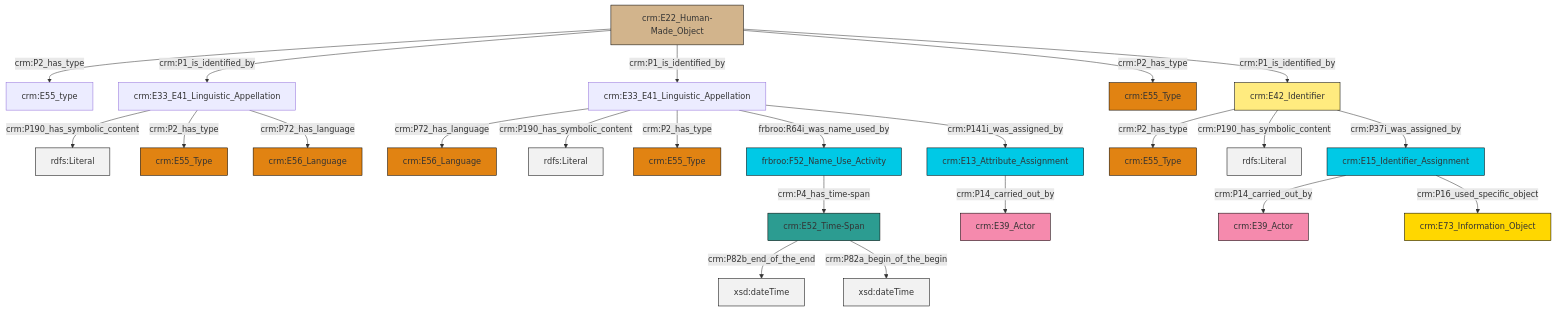
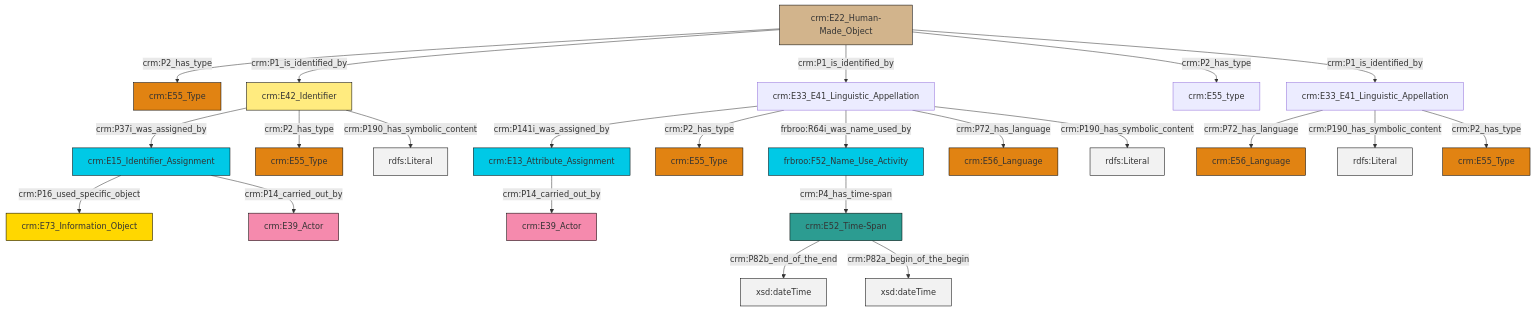
The diagram in et/artworkCSV/ttl/mmd/Artwork_Name.ttl.mmd (swiss-art-research-net/reference-data-models), drawn with Mermaid before and after one commit. The commit also changed 125 other files, not shown here.

```diff
--- a/et/artworkCSV/ttl/mmd/Artwork_Name.ttl.mmd
+++ b/et/artworkCSV/ttl/mmd/Artwork_Name.ttl.mmd
@@ -1,37 +1,37 @@
 graph TD
 classDef Literal fill:#f2f2f2,stroke:#000000;
 classDef CRM_Entity fill:#FFFFFF,stroke:#000000;
 classDef Temporal_Entity fill:#00C9E6, stroke:#000000;
 classDef Type fill:#E18312, stroke:#000000;
 classDef Time-Span fill:#2C9C91, stroke:#000000;
 classDef Appellation fill:#FFEB7F, stroke:#000000;
 classDef Place fill:#008836, stroke:#000000;
 classDef Persistent_Item fill:#B266B2, stroke:#000000;
 classDef Conceptual_Object fill:#FFD700, stroke:#000000;
 classDef Physical_Thing fill:#D2B48C, stroke:#000000;
 classDef Actor fill:#f58aad, stroke:#000000;
 classDef PC_Classes fill:#4ce600, stroke:#000000;
 classDef Multi fill:#cccccc,stroke:#000000;
 
-4["crm:E42_Identifier"]:::Appellation -->|crm:P2_has_type| 5["crm:E55_Type"]:::Type
-2["crm:E13_Attribute_Assignment"]:::Temporal_Entity -->|crm:P14_carried_out_by| 8["crm:E39_Actor"]:::Actor
-9["crm:E33_E41_Linguistic_Appellation"]:::Default -->|crm:P72_has_language| 10["crm:E56_Language"]:::Type
-9["crm:E33_E41_Linguistic_Appellation"]:::Default -->|crm:P190_has_symbolic_content| 13[rdfs:Literal]:::Literal
-14["crm:E33_E41_Linguistic_Appellation"]:::Default -->|crm:P190_has_symbolic_content| 15[rdfs:Literal]:::Literal
-16["crm:E52_Time-Span"]:::Time-Span -->|crm:P82b_end_of_the_end| 31[xsd:dateTime]:::Literal
-14["crm:E33_E41_Linguistic_Appellation"]:::Default -->|crm:P2_has_type| 0["crm:E55_Type"]:::Type
-29["crm:E22_Human-Made_Object"]:::Physical_Thing -->|crm:P2_has_type| 27["crm:E55_type"]:::Default
-29["crm:E22_Human-Made_Object"]:::Physical_Thing -->|crm:P1_is_identified_by| 14["crm:E33_E41_Linguistic_Appellation"]:::Default
-29["crm:E22_Human-Made_Object"]:::Physical_Thing -->|crm:P1_is_identified_by| 9["crm:E33_E41_Linguistic_Appellation"]:::Default
-11["crm:E15_Identifier_Assignment"]:::Temporal_Entity -->|crm:P14_carried_out_by| 25["crm:E39_Actor"]:::Actor
-9["crm:E33_E41_Linguistic_Appellation"]:::Default -->|crm:P2_has_type| 21["crm:E55_Type"]:::Type
-32["frbroo:F52_Name_Use_Activity"]:::Temporal_Entity -->|crm:P4_has_time-span| 16["crm:E52_Time-Span"]:::Time-Span
-14["crm:E33_E41_Linguistic_Appellation"]:::Default -->|crm:P72_has_language| 23["crm:E56_Language"]:::Type
-9["crm:E33_E41_Linguistic_Appellation"]:::Default -->|frbroo:R64i_was_name_used_by| 32["frbroo:F52_Name_Use_Activity"]:::Temporal_Entity
-9["crm:E33_E41_Linguistic_Appellation"]:::Default -->|crm:P141i_was_assigned_by| 2["crm:E13_Attribute_Assignment"]:::Temporal_Entity
-4["crm:E42_Identifier"]:::Appellation -->|crm:P190_has_symbolic_content| 38[rdfs:Literal]:::Literal
-11["crm:E15_Identifier_Assignment"]:::Temporal_Entity -->|crm:P16_used_specific_object| 33["crm:E73_Information_Object"]:::Conceptual_Object
-29["crm:E22_Human-Made_Object"]:::Physical_Thing -->|crm:P2_has_type| 6["crm:E55_Type"]:::Type
-16["crm:E52_Time-Span"]:::Time-Span -->|crm:P82a_begin_of_the_begin| 40[xsd:dateTime]:::Literal
-29["crm:E22_Human-Made_Object"]:::Physical_Thing -->|crm:P1_is_identified_by| 4["crm:E42_Identifier"]:::Appellation
-4["crm:E42_Identifier"]:::Appellation -->|crm:P37i_was_assigned_by| 11["crm:E15_Identifier_Assignment"]:::Temporal_Entity
+0["crm:E33_E41_Linguistic_Appellation"]:::Default -->|crm:P72_has_language| 1["crm:E56_Language"]:::Type
+9["crm:E22_Human-Made_Object"]:::Physical_Thing -->|crm:P2_has_type| 10["crm:E55_Type"]:::Type
+9["crm:E22_Human-Made_Object"]:::Physical_Thing -->|crm:P1_is_identified_by| 11["crm:E42_Identifier"]:::Appellation
+12["crm:E33_E41_Linguistic_Appellation"]:::Default -->|crm:P141i_was_assigned_by| 13["crm:E13_Attribute_Assignment"]:::Temporal_Entity
+13["crm:E13_Attribute_Assignment"]:::Temporal_Entity -->|crm:P14_carried_out_by| 15["crm:E39_Actor"]:::Actor
+9["crm:E22_Human-Made_Object"]:::Physical_Thing -->|crm:P1_is_identified_by| 12["crm:E33_E41_Linguistic_Appellation"]:::Default
+16["crm:E15_Identifier_Assignment"]:::Temporal_Entity -->|crm:P16_used_specific_object| 17["crm:E73_Information_Object"]:::Conceptual_Object
+11["crm:E42_Identifier"]:::Appellation -->|crm:P37i_was_assigned_by| 16["crm:E15_Identifier_Assignment"]:::Temporal_Entity
+11["crm:E42_Identifier"]:::Appellation -->|crm:P2_has_type| 20["crm:E55_Type"]:::Type
+5["frbroo:F52_Name_Use_Activity"]:::Temporal_Entity -->|crm:P4_has_time-span| 3["crm:E52_Time-Span"]:::Time-Span
+12["crm:E33_E41_Linguistic_Appellation"]:::Default -->|crm:P2_has_type| 21["crm:E55_Type"]:::Type
+9["crm:E22_Human-Made_Object"]:::Physical_Thing -->|crm:P2_has_type| 23["crm:E55_type"]:::Default
+0["crm:E33_E41_Linguistic_Appellation"]:::Default -->|crm:P190_has_symbolic_content| 24[rdfs:Literal]:::Literal
+3["crm:E52_Time-Span"]:::Time-Span -->|crm:P82b_end_of_the_end| 25[xsd:dateTime]:::Literal
+11["crm:E42_Identifier"]:::Appellation -->|crm:P190_has_symbolic_content| 28[rdfs:Literal]:::Literal
+12["crm:E33_E41_Linguistic_Appellation"]:::Default -->|frbroo:R64i_was_name_used_by| 5["frbroo:F52_Name_Use_Activity"]:::Temporal_Entity
+0["crm:E33_E41_Linguistic_Appellation"]:::Default -->|crm:P2_has_type| 29["crm:E55_Type"]:::Type
+12["crm:E33_E41_Linguistic_Appellation"]:::Default -->|crm:P72_has_language| 7["crm:E56_Language"]:::Type
+16["crm:E15_Identifier_Assignment"]:::Temporal_Entity -->|crm:P14_carried_out_by| 30["crm:E39_Actor"]:::Actor
+3["crm:E52_Time-Span"]:::Time-Span -->|crm:P82a_begin_of_the_begin| 31[xsd:dateTime]:::Literal
+12["crm:E33_E41_Linguistic_Appellation"]:::Default -->|crm:P190_has_symbolic_content| 37[rdfs:Literal]:::Literal
+9["crm:E22_Human-Made_Object"]:::Physical_Thing -->|crm:P1_is_identified_by| 0["crm:E33_E41_Linguistic_Appellation"]:::Default
```
